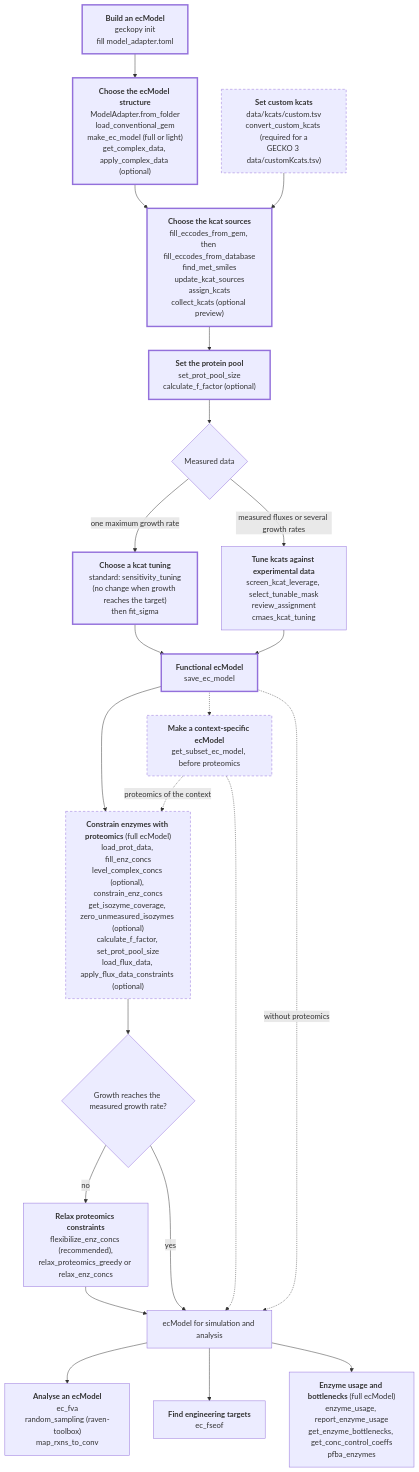
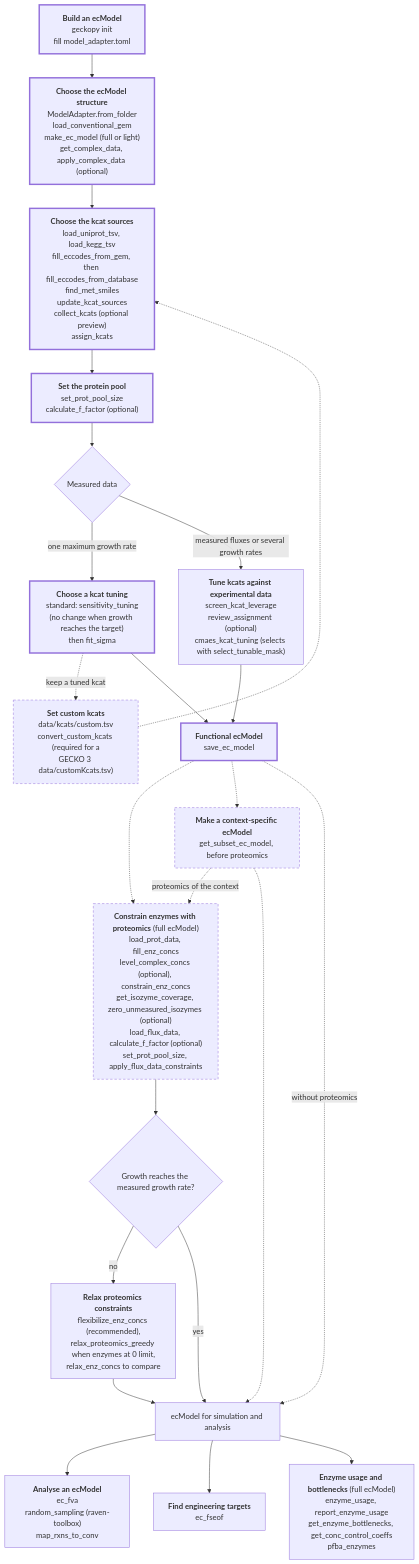
One commit to CompMetEng/gecko-docs changed the second of 2 diagrams in docs/guide/workflow.md. Above: the diagram before and after it, drawn with Mermaid. The commit also changed other lines of this file and 16 other files, not shown here.

Commit message:
doc: mark the optional steps of the proteomics and tuning diagrams

````diff
--- a/docs/guide/workflow.md
+++ b/docs/guide/workflow.md
@@ -79,56 +80,57 @@
 ```{mermaid}
 :config: {"flowchart": {"useMaxWidth": false}}
 
 flowchart TB
   classDef quick stroke-width:3px
   classDef opt stroke-dasharray: 5 4
   P["<b>Build an ecModel</b><br/>geckopy init<br/>fill model_adapter.toml"]:::quick
   S["<b>Choose the ecModel structure</b><br/>ModelAdapter.from_folder<br/>load_conventional_gem<br/>make_ec_model (full or light)<br/>get_complex_data, apply_complex_data (optional)"]:::quick
-  K["<b>Choose the kcat sources</b><br/>fill_eccodes_from_gem, then fill_eccodes_from_database<br/>find_met_smiles<br/>update_kcat_sources<br/>assign_kcats<br/>collect_kcats (optional preview)"]:::quick
+  K["<b>Choose the kcat sources</b><br/>load_uniprot_tsv, load_kegg_tsv<br/>fill_eccodes_from_gem, then fill_eccodes_from_database<br/>find_met_smiles<br/>update_kcat_sources<br/>collect_kcats (optional preview)<br/>assign_kcats"]:::quick
   C["<b>Set custom kcats</b><br/>data/kcats/custom.tsv<br/>convert_custom_kcats (required for a<br/>GECKO 3 data/customKcats.tsv)"]:::opt
   PP["<b>Set the protein pool</b><br/>set_prot_pool_size<br/>calculate_f_factor (optional)"]:::quick
   G{"Measured data"}
   T["<b>Choose a kcat tuning</b><br/>standard: sensitivity_tuning<br/>(no change when growth reaches the target)<br/>then fit_sigma"]:::quick
-  A["<b>Tune kcats against experimental data</b><br/>screen_kcat_leverage, select_tunable_mask<br/>review_assignment<br/>cmaes_kcat_tuning"]
+  A["<b>Tune kcats against experimental data</b><br/>screen_kcat_leverage<br/>review_assignment (optional)<br/>cmaes_kcat_tuning (selects with select_tunable_mask)"]
   F["<b>Functional ecModel</b><br/>save_ec_model"]:::quick
   P --> S --> K --> PP --> G
-  C --> K
+  C -.-> K
+  T -.->|keep a tuned kcat| C
   G -->|one maximum growth rate| T
   G -->|measured fluxes or several growth rates| A
   T --> F
   A --> F
-  PR["<b>Constrain enzymes with proteomics</b> (full ecModel)<br/>load_prot_data, fill_enz_concs<br/>level_complex_concs (optional), constrain_enz_concs<br/>get_isozyme_coverage, zero_unmeasured_isozymes (optional)<br/>calculate_f_factor, set_prot_pool_size<br/>load_flux_data, apply_flux_data_constraints (optional)"]:::opt
-  F --> PR
+  PR["<b>Constrain enzymes with proteomics</b> (full ecModel)<br/>load_prot_data, fill_enz_concs<br/>level_complex_concs (optional), constrain_enz_concs<br/>get_isozyme_coverage, zero_unmeasured_isozymes (optional)<br/>load_flux_data, calculate_f_factor (optional)<br/>set_prot_pool_size, apply_flux_data_constraints"]:::opt
+  F -.-> PR
   F -.-> CX
   CX -.->|proteomics of the context| PR
   CX -.-> RD
   RL{"Growth reaches the measured growth rate?"}
   PR --> RL
-  RX["<b>Relax proteomics constraints</b><br/>flexibilize_enz_concs (recommended),<br/>relax_proteomics_greedy or relax_enz_concs"]
+  RX["<b>Relax proteomics constraints</b><br/>flexibilize_enz_concs (recommended),<br/>relax_proteomics_greedy when enzymes at 0 limit,<br/>relax_enz_concs to compare"]
   RL -->|no| RX
   RD["ecModel for simulation and analysis"]
   RL -->|yes| RD
   RX --> RD
   F -.->|without proteomics| RD
   AN["<b>Analyse an ecModel</b><br/>ec_fva<br/>random_sampling (raven-toolbox)<br/>map_rxns_to_conv"]
   EN["<b>Find engineering targets</b><br/>ec_fseof"]
   CX["<b>Make a context-specific ecModel</b><br/>get_subset_ec_model, before proteomics"]:::opt
   EU["<b>Enzyme usage and bottlenecks</b> (full ecModel)<br/>enzyme_usage, report_enzyme_usage<br/>get_enzyme_bottlenecks, get_conc_control_coeffs<br/>pfba_enzymes"]
   RD --> AN
   RD --> EN
   RD --> EU
   click P href "first-ecmodel.html"
   click S href "ecmodel-structure.html"
   click K href "kcat-sources.html"
   click C href "custom-kcats.html"
   click PP href "protein-pool.html"
   click T href "kcat-tuning.html"
   click A href "advanced-tuning.html"
   click F href "first-ecmodel.html"
   click PR href "proteomics.html"
   click RX href "relaxing-proteomics.html"
   click AN href "analysis.html"
   click EN href "engineering-targets.html"
   click CX href "context-ecmodel.html"
   click EU href "enzyme-usage.html"
 ```
````
